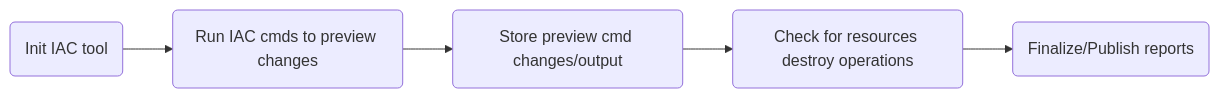
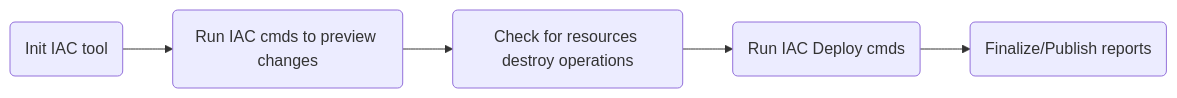
One commit to microsoft/symphony changed the second of 4 diagrams in docs/WORKFLOW.md. Above: the diagram before and after it, drawn with Mermaid. The commit also changed other lines of this file and 1 other file, not shown here.

````diff
--- a/docs/WORKFLOW.md
+++ b/docs/WORKFLOW.md
@@ -47,6 +47,5 @@
 ```mermaid
 flowchart LR
-  A(Init IAC tool) --> B(Run IAC cmds to preview changes) --> C(Store preview cmd changes/output)
-  C -->D(Check for resources destroy operations)
-  D -->E(Finalize/Publish reports)
+  A(Init IAC tool) --> B(Run IAC cmds to preview changes) -->  C(Check for resources destroy operations) 
+  C-->D(Run IAC Deploy cmds) -->E(Finalize/Publish reports)
 ```
````
